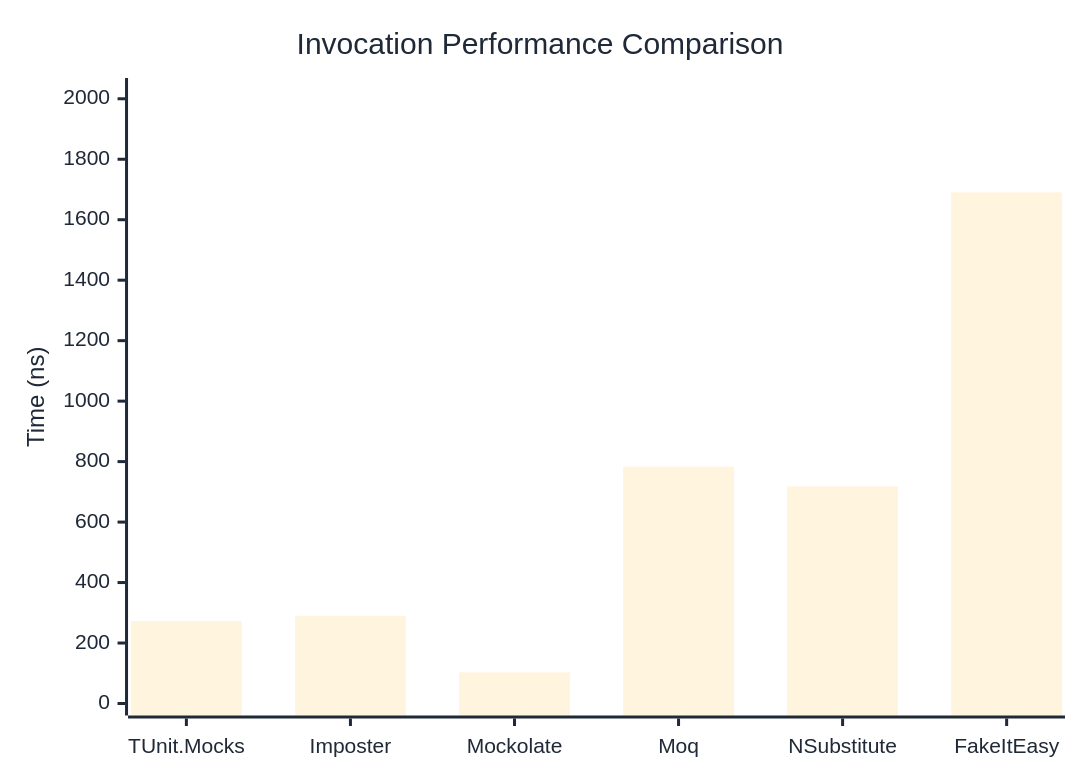
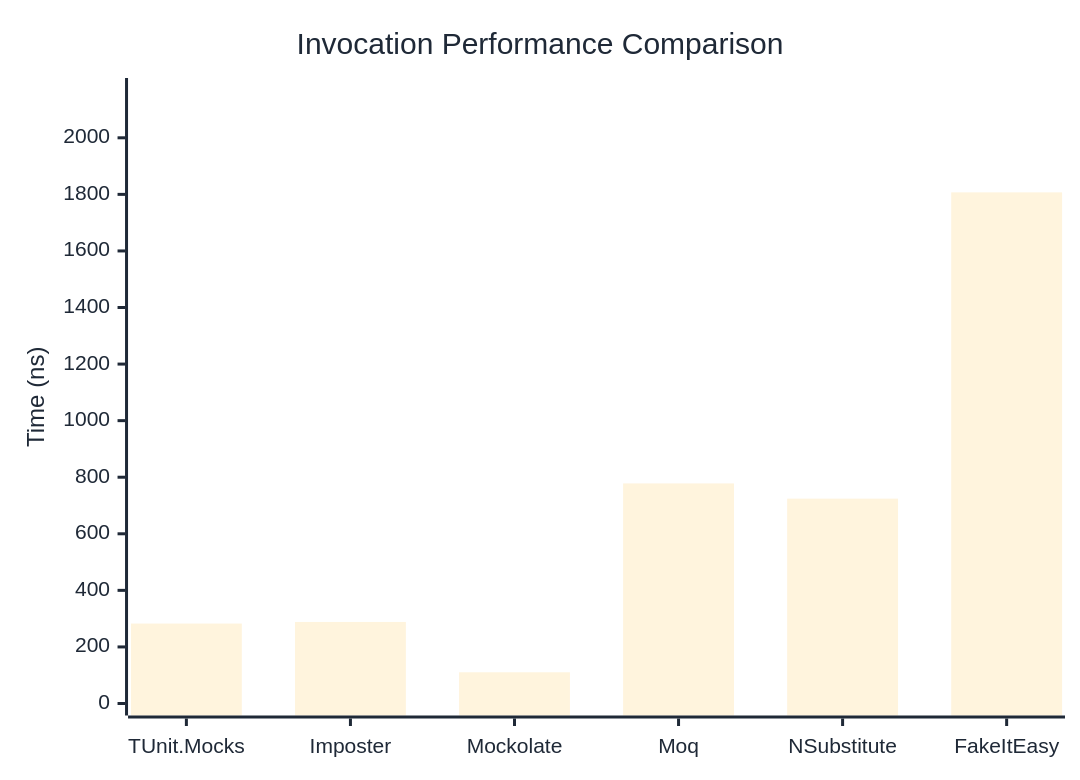
The first of 3 diagrams in docs/docs/benchmarks/mocks/Invocation.md (thomhurst/TUnit), drawn with Mermaid before and after one commit. The commit also changed other lines of this file and 14 other files, not shown here.

````diff
--- a/docs/docs/benchmarks/mocks/Invocation.md
+++ b/docs/docs/benchmarks/mocks/Invocation.md
@@ -30,27 +30,27 @@
 ```mermaid
 %%{init: {
   'theme':'base',
   'themeVariables': {
     'primaryColor': '#2563eb',
     'primaryTextColor': '#1f2937',
     'primaryBorderColor': '#1e40af',
     'lineColor': '#6b7280',
     'secondaryColor': '#7c3aed',
     'tertiaryColor': '#dc2626',
     'background': '#ffffff',
     'pie1': '#2563eb',
     'pie2': '#7c3aed',
     'pie3': '#dc2626',
     'pie4': '#f59e0b',
     'pie5': '#10b981',
     'pie6': '#06b6d4',
     'pie7': '#ec4899',
     'pie8': '#6366f1'
   }
 }}%%
 xychart-beta
   title "Invocation Performance Comparison"
   x-axis ["TUnit.Mocks", "Imposter", "Mockolate", "Moq", "NSubstitute", "FakeItEasy"]
-  y-axis "Time (ns)" 0 --> 2029
-  bar [272.86, 289.99, 102.96, 783.4, 718.18, 1690.6]
+  y-axis "Time (ns)" 0 --> 2169
+  bar [282.6, 288.3, 110.4, 778.1, 724.2, 1807.1]
 ```
````
